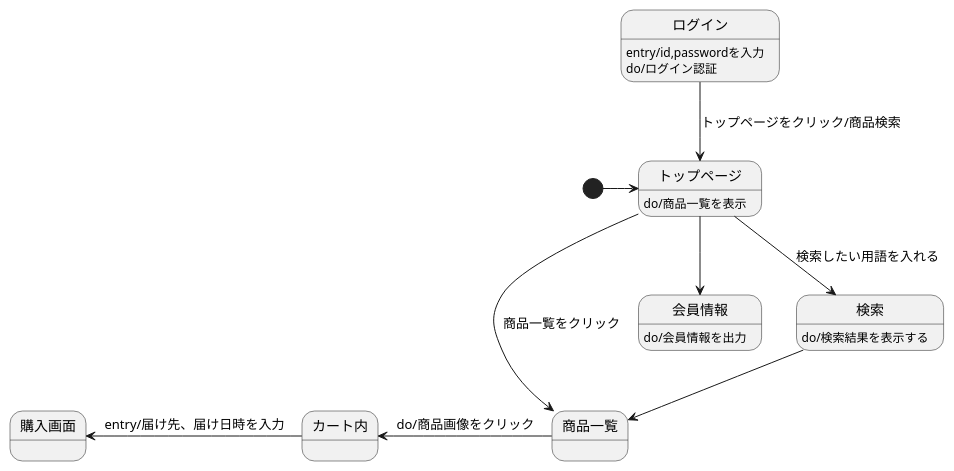
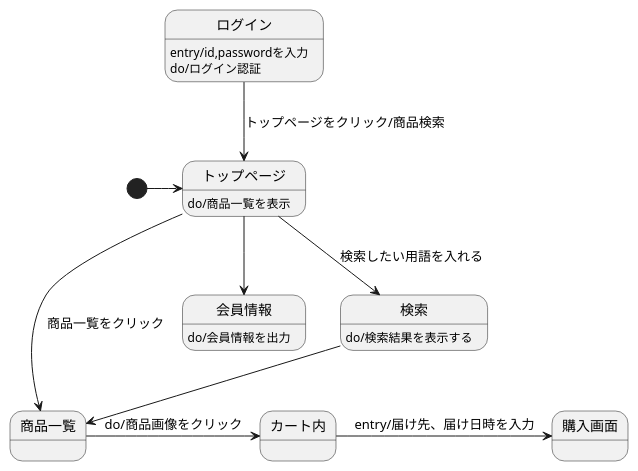
Before and after one commit to Aso2001224/2021sys-design: the diagram in 画面遷移図(original).md, drawn with PlantUML.

````diff
--- a/画面遷移図(original).md
+++ b/画面遷移図(original).md
@@ -1,17 +1,17 @@
 ```uml
 @startuml
 [*]->トップページ
 トップページ:do/商品一覧を表示
 ログイン-->トップページ:トップページをクリック/商品検索
 ログイン:entry/id,passwordを入力
 ログイン:do/ログイン認証
 トップページ-->会員情報
 会員情報:do/会員情報を出力
 トップページ-->検索 :検索したい用語を入れる
 検索:do/検索結果を表示する
 トップページ-->商品一覧 :商品一覧をクリック
 検索-->商品一覧
-商品一覧-left->カート内: do/商品画像をクリック
-カート内-left-> 購入画面:entry/届け先、届け日時を入力
+商品一覧-right->カート内: do/商品画像をクリック
+カート内-right-> 購入画面:entry/届け先、届け日時を入力
 @enduml
 ```
````
